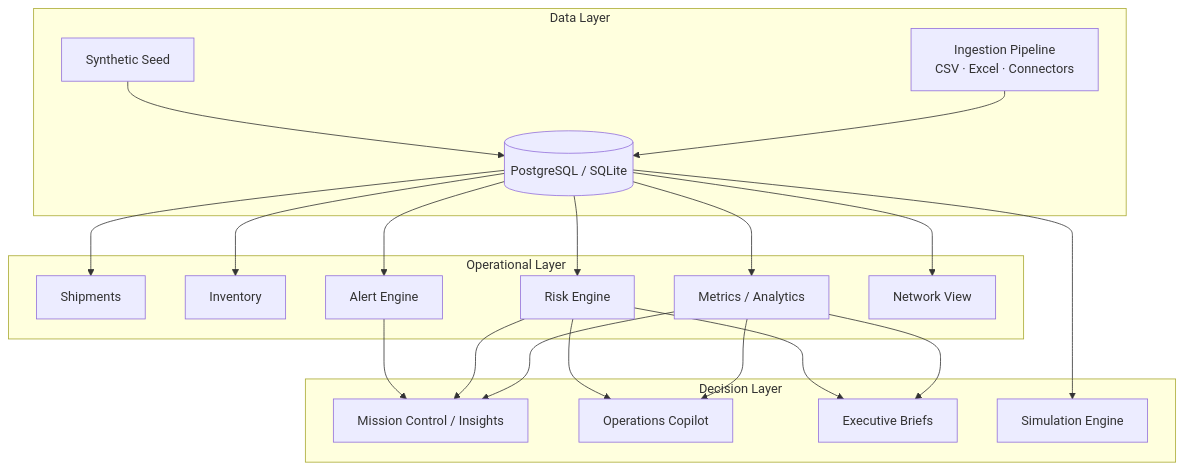
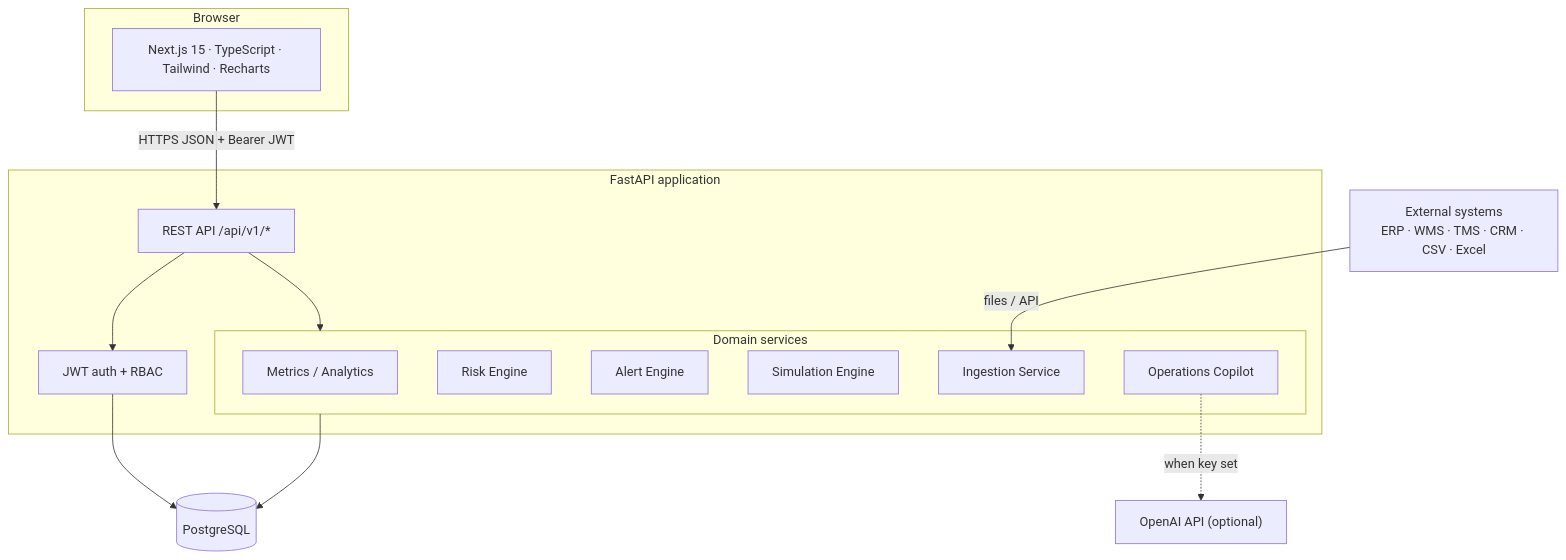
Before and after one commit to arydub-dev/Atlasops: the diagram in README.md, drawn with Mermaid. The commit also changed other lines of this file and 55 other files, not shown here.

````diff
--- a/README.md
+++ b/README.md
@@ -182,41 +116,31 @@
 ```mermaid
 flowchart TB
-  subgraph Decision["Decision Layer"]
-    MC["Mission Control / Insights"]
-    COP["Operations Copilot"]
-    BRIEF["Executive Briefs"]
-    SIM["Simulation Engine"]
-  end
+    subgraph Client["Browser"]
+        UI["Next.js 15 · TypeScript · Tailwind · Recharts"]
+    end
 
-  subgraph Operational["Operational Layer"]
-    SHIP["Shipments"]
-    INV["Inventory"]
-    RISK["Risk Engine"]
-    ALERT["Alert Engine"]
-    MET["Metrics / Analytics"]
-    NET["Network View"]
-  end
+    subgraph Backend["FastAPI application"]
+        API["REST API /api/v1/*"]
+        AUTH["JWT auth + RBAC"]
+        subgraph Services["Domain services"]
+            MET["Metrics / Analytics"]
+            RISK["Risk Engine"]
+            ALERT["Alert Engine"]
+            SIM["Simulation Engine"]
+            ING["Ingestion Service"]
+            AI["Operations Copilot"]
+        end
+    end
 
-  subgraph Data["Data Layer"]
-    DB[("PostgreSQL / SQLite")]
-    SEED["Synthetic Seed"]
-    ING["Ingestion Pipeline<br/>CSV · Excel · Connectors"]
-  end
+    DB[("PostgreSQL")]
+    OPENAI["OpenAI API (optional)"]
+    EXT["External systems<br/>ERP · WMS · TMS · CRM · CSV · Excel"]
 
-  ING --> DB
-  SEED --> DB
-  DB --> MET
-  DB --> RISK
-  DB --> ALERT
-  DB --> SHIP
-  DB --> INV
-  DB --> NET
-  MET --> MC
-  RISK --> MC
-  ALERT --> MC
-  MET --> COP
-  RISK --> COP
-  MET --> BRIEF
-  RISK --> BRIEF
-  DB --> SIM
+    UI -->|HTTPS JSON + Bearer JWT| API
+    API --> AUTH
+    API --> Services
+    Services --> DB
+    AUTH --> DB
+    EXT -->|files / API| ING
+    AI -.->|when key set| OPENAI
 ```
````
